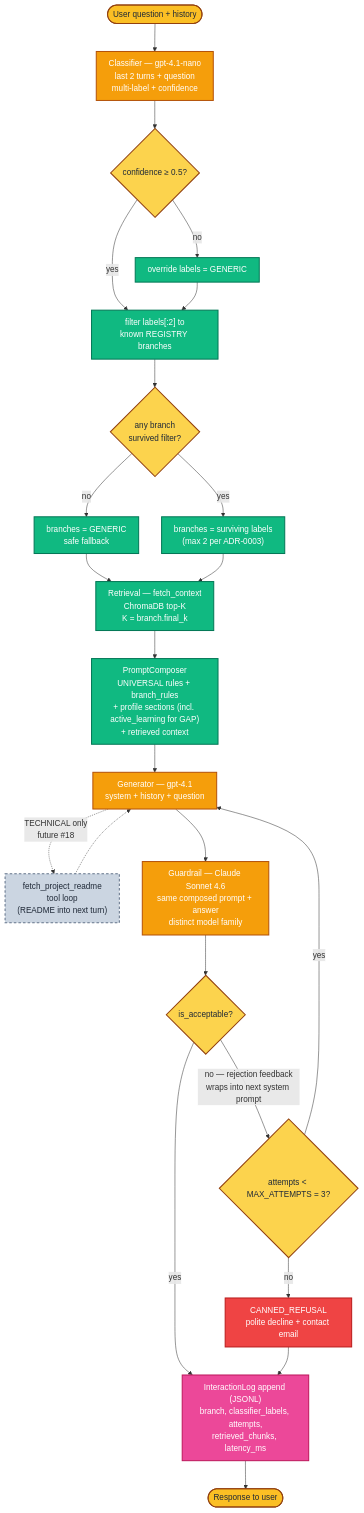
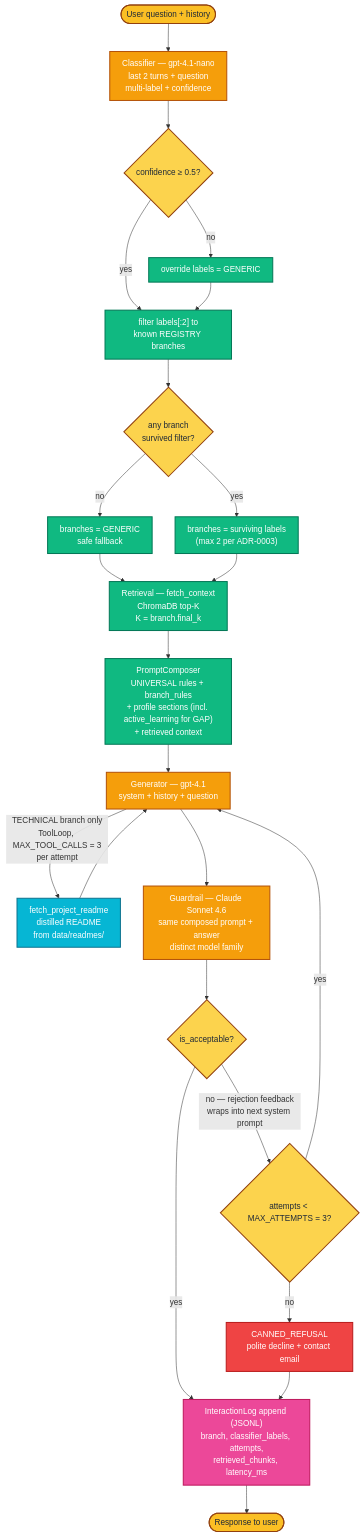
Before and after one commit to AlejandroFuentePinero/digital-twin: the first of 2 diagrams in docs/MAP.md, drawn with Mermaid. The commit also changed other lines of this file and 14 other files, not shown here.

````diff
--- a/docs/MAP.md
+++ b/docs/MAP.md
@@ -13,44 +13,46 @@
 ```mermaid
 %%{init: {'flowchart': {'nodeSpacing': 45, 'rankSpacing': 55, 'curve': 'basis', 'padding': 12}}}%%
 %% Hand-editable runtime pipeline diagram for the Digital Twin.
 %% Edit this file whenever pipeline behaviour changes — new branch, new tool,
 %% new decision point, retry policy change, new log field. After editing run:
 %%   uv run python src/system_map.py
 %% to regenerate docs/MAP.md and docs/MAP.html (both this diagram and the
 %% auto-generated module graph).
 %% Colour conventions: orange = LLM call, green = pure transform,
 %% yellow = decision, pink = side effect, red = canned refusal,
-%% dashed grey = future / not yet wired tool.
+%% cyan = model-callable tool (TECHNICAL branch),
+%% dashed grey = future / not yet wired.
 flowchart TD
   classDef io fill:#fbbf24,stroke:#92400e,color:#1f2937,stroke-width:2px
   classDef llm fill:#f59e0b,stroke:#b45309,color:#ffffff,stroke-width:2px
   classDef decision fill:#fcd34d,stroke:#92400e,color:#1f2937,stroke-width:2px
   classDef pure fill:#10b981,stroke:#047857,color:#ffffff,stroke-width:2px
   classDef sideEffect fill:#ec4899,stroke:#be185d,color:#ffffff,stroke-width:2px
   classDef refusal fill:#ef4444,stroke:#b91c1c,color:#ffffff,stroke-width:2px
+  classDef tool fill:#06b6d4,stroke:#0e7490,color:#ffffff,stroke-width:2px
   classDef future fill:#cbd5e1,stroke:#64748b,color:#1f2937,stroke-width:2px,stroke-dasharray:5 4
 
   USER([User question + history]):::io
   USER --> CLASSIFY["Classifier — gpt-4.1-nano<br/>last 2 turns + question<br/>multi-label + confidence"]:::llm
   CLASSIFY --> CONF{"confidence &ge; 0.5?"}:::decision
   CONF -->|no| GENFALL["override labels = GENERIC"]:::pure
   CONF -->|yes| FILTER["filter labels[:2] to<br/>known REGISTRY branches"]:::pure
   GENFALL --> FILTER
   FILTER --> EMPTY{"any branch<br/>survived filter?"}:::decision
   EMPTY -->|no| GENFALL2["branches = GENERIC<br/>safe fallback"]:::pure
   EMPTY -->|yes| ROUTE["branches = surviving labels<br/>(max 2 per ADR-0003)"]:::pure
   GENFALL2 --> RETR
   ROUTE --> RETR["Retrieval — fetch_context<br/>ChromaDB top-K<br/>K = branch.final_k"]:::pure
   RETR --> COMP["PromptComposer<br/>UNIVERSAL rules + branch_rules<br/>+ profile sections (incl. active_learning for GAP)<br/>+ retrieved context"]:::pure
   COMP --> GEN["Generator — gpt-4.1<br/>system + history + question"]:::llm
-  GEN -.->|"TECHNICAL only<br/>future #18"| TOOL["fetch_project_readme<br/>tool loop<br/>(README into next turn)"]:::future
-  TOOL -.-> GEN
+  GEN -->|"TECHNICAL branch only<br/>ToolLoop, MAX_TOOL_CALLS = 3<br/>per attempt"| TOOL["fetch_project_readme<br/>distilled README<br/>from data/readmes/"]:::tool
+  TOOL --> GEN
   GEN --> JUDGE["Guardrail — Claude Sonnet 4.6<br/>same composed prompt + answer<br/>distinct model family"]:::llm
   JUDGE --> ACCEPT{"is_acceptable?"}:::decision
   ACCEPT -->|yes| LOG["InteractionLog append (JSONL)<br/>branch, classifier_labels, attempts,<br/>retrieved_chunks, latency_ms"]:::sideEffect
   ACCEPT -->|"no — rejection feedback<br/>wraps into next system prompt"| RETRY{"attempts &lt; MAX_ATTEMPTS = 3?"}:::decision
   RETRY -->|yes| GEN
   RETRY -->|no| REFUSE["CANNED_REFUSAL<br/>polite decline + contact email"]:::refusal
   REFUSE --> LOG
   LOG --> RESP([Response to user]):::io
 ```
````
